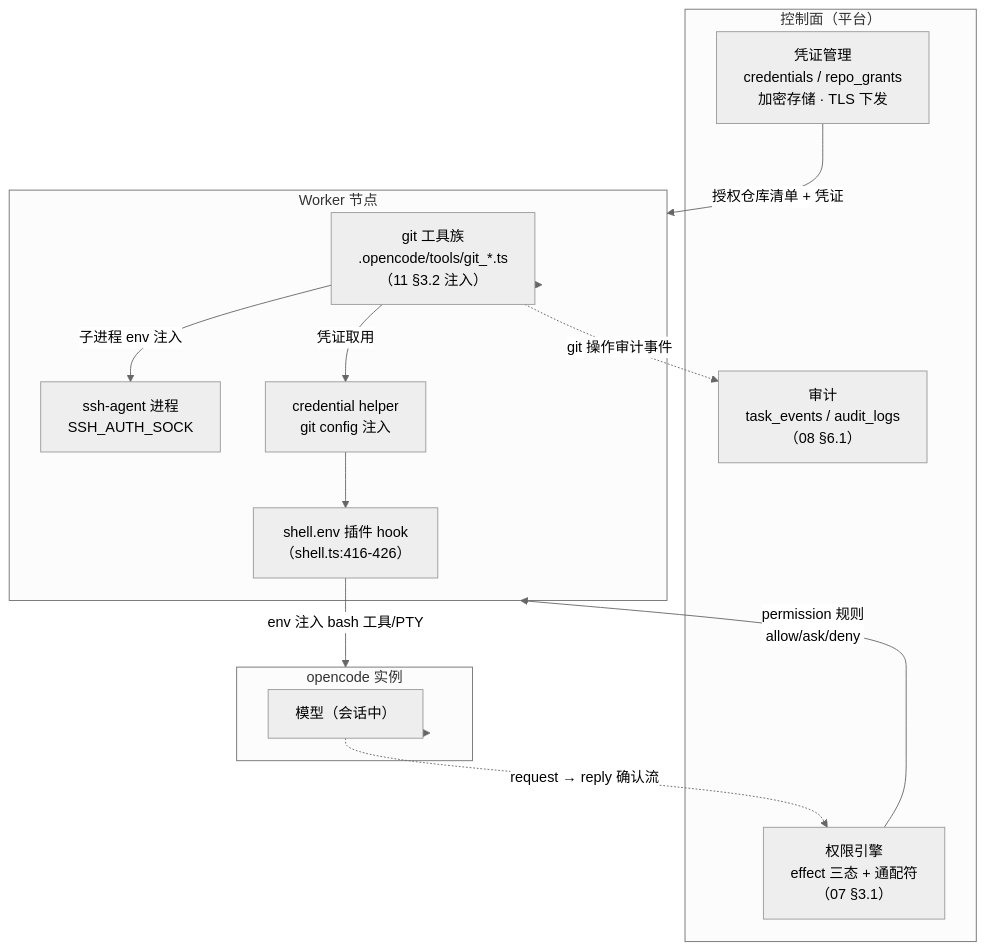
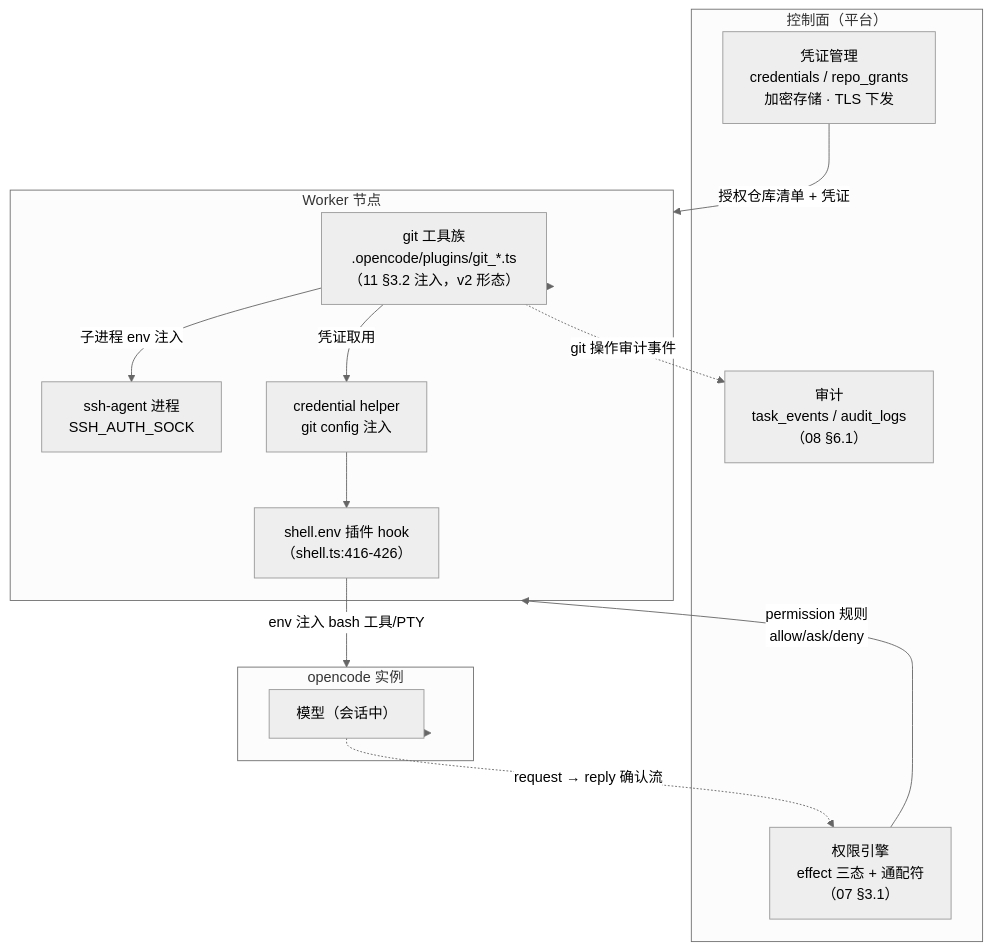
The first of 4 diagrams in docs/agent-platform/17-仓库权限与凭证机制.md (guolong123/vteam), drawn with Mermaid (neutral theme) before and after one commit. The commit also changed other lines of this file and 201 other files, not shown here.

````diff
--- a/docs/agent-platform/17-仓库权限与凭证机制.md
+++ b/docs/agent-platform/17-仓库权限与凭证机制.md
@@ -50,27 +50,27 @@
 ```mermaid
 flowchart TB
     subgraph CP["控制面（平台）"]
         CM["凭证管理<br/>credentials / repo_grants<br/>加密存储 · TLS 下发"]
         PM["权限引擎<br/>effect 三态 + 通配符<br/>（07 §3.1）"]
         AUD["审计<br/>task_events / audit_logs<br/>（08 §6.1）"]
     end
     subgraph W["Worker 节点"]
-        GT["git 工具族<br/>.opencode/tools/git_*.ts<br/>（11 §3.2 注入）"]
+        GT["git 工具族<br/>.opencode/plugins/git_*.ts<br/>（11 §3.2 注入，v2 形态）"]
         AG["ssh-agent 进程<br/>SSH_AUTH_SOCK"]
         CH["credential helper<br/>git config 注入"]
         SE["shell.env 插件 hook<br/>（shell.ts:416-426）"]
     end
     subgraph O["opencode 实例"]
         M["模型（会话中）"]
     end
     CM -->|"授权仓库清单 + 凭证"| W
     PM -->|"permission 规则<br/>allow/ask/deny"| W
     W --> GT
     GT -->|"子进程 env 注入"| AG
     GT -->|"凭证取用"| CH
     CH --> SE
     SE -->|"env 注入 bash 工具/PTY"| O
     O --> M
     M -.->|"request → reply 确认流"| PM
     GT -.->|"git 操作审计事件"| AUD
 ```
````
